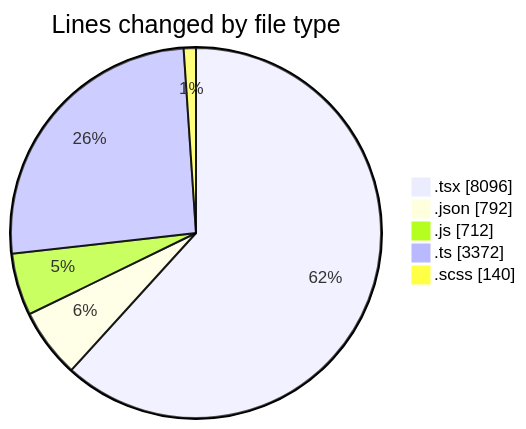
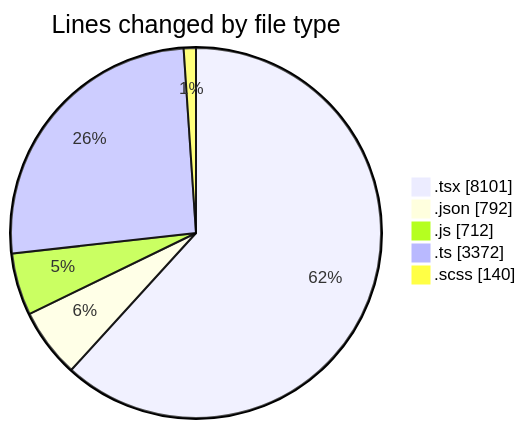
The first of 2 diagrams in 2026-08-07/cda/README.md (momahboobian/code-tracking), drawn with Mermaid before and after one commit. The commit also changed other lines of this file and 1 other file, not shown here.

````diff
--- a/2026-08-07/cda/README.md
+++ b/2026-08-07/cda/README.md
@@ -35,9 +35,9 @@
 ```mermaid
 pie showData
 title Lines changed by file type
-".tsx" : 8096
+".tsx" : 8101
 ".json" : 792
 ".js" : 712
 ".ts" : 3372
 ".scss" : 140
 ```
````
